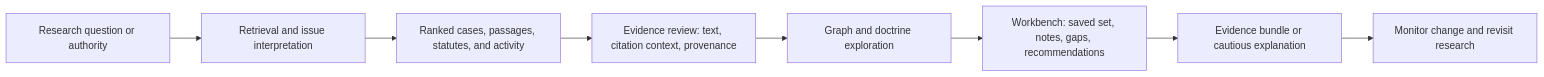
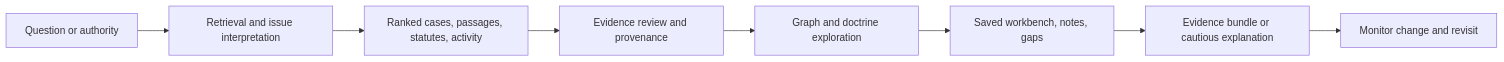
Before and after one commit to greystone-dan/LitIntelproject: the first of 3 diagrams in .swm/future-state.north-star.sw.md, drawn with Mermaid. The commit also changed other lines of this file and 1 other file, not shown here.

````diff
--- a/.swm/future-state.north-star.sw.md
+++ b/.swm/future-state.north-star.sw.md
@@ -76,10 +58,10 @@
 ```mermaid
 flowchart LR
-    Q[Research question or authority] --> R[Retrieval and issue interpretation]
-    R --> C[Ranked cases, passages, statutes, and activity]
-    C --> E[Evidence review: text, citation context, provenance]
+    Q[Question or authority] --> R[Retrieval and issue interpretation]
+    R --> C[Ranked cases, passages, statutes, activity]
+    C --> E[Evidence review and provenance]
     E --> G[Graph and doctrine exploration]
-    G --> W[Workbench: saved set, notes, gaps, recommendations]
+    G --> W[Saved workbench, notes, gaps]
     W --> X[Evidence bundle or cautious explanation]
-    X --> M[Monitor change and revisit research]
+    X --> M[Monitor change and revisit]
 ```
````
